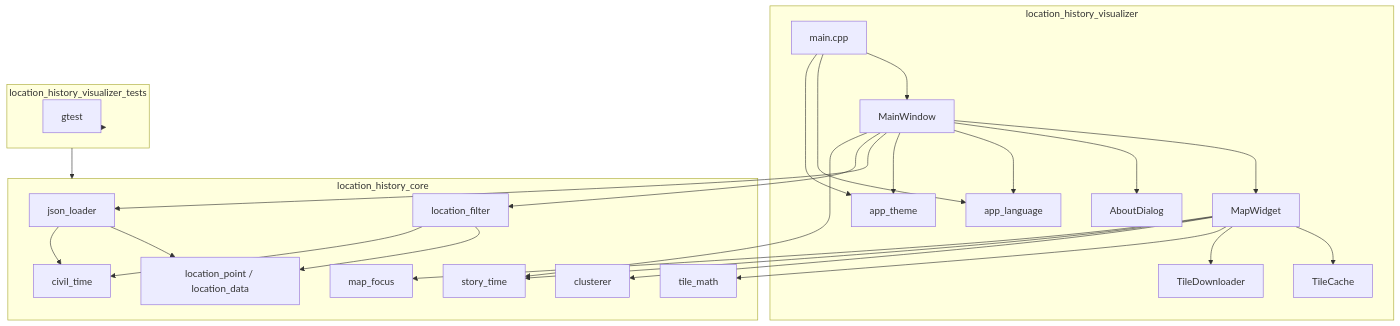
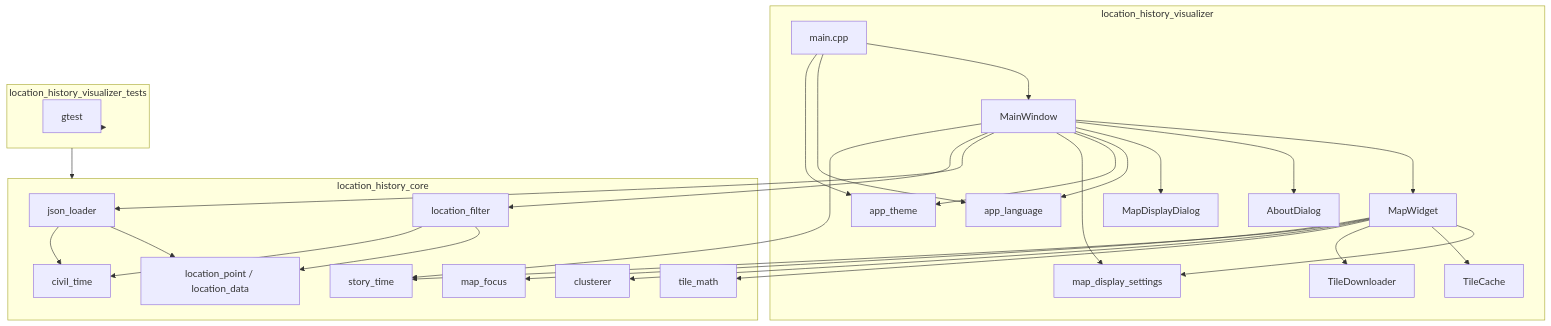
One commit to ViezTrinker/location-history-visualizer changed the first of 2 diagrams in doc/architecture.md. Above: the diagram before and after it, drawn with Mermaid. The commit also changed 25 other files, not shown here.

````diff
--- a/doc/architecture.md
+++ b/doc/architecture.md
@@ -11,51 +11,56 @@
 ```mermaid
 flowchart TB
   subgraph app [location_history_visualizer]
     mainCpp[main.cpp]
     mainWindow[MainWindow]
     mapWidget[MapWidget]
     aboutDialog[AboutDialog]
+    mapDisplayDialog[MapDisplayDialog]
     appLanguage[app_language]
     appTheme[app_theme]
+    mapDisplaySettings[map_display_settings]
     tileCache[TileCache]
     tileDownloader[TileDownloader]
   end
 
   subgraph core [location_history_core]
     jsonLoader[json_loader]
     filter[location_filter]
     civilTime[civil_time]
     tileMath[tile_math]
     clusterer[clusterer]
     storyTime[story_time]
     mapFocus[map_focus]
     dataModel[location_point / location_data]
   end
 
   subgraph tests [location_history_visualizer_tests]
     gtest[gtest]
   end
 
   mainCpp --> mainWindow
   mainCpp --> appLanguage
   mainCpp --> appTheme
   mainWindow --> mapWidget
   mainWindow --> aboutDialog
+  mainWindow --> mapDisplayDialog
   mainWindow --> appLanguage
   mainWindow --> appTheme
+  mainWindow --> mapDisplaySettings
+  mapWidget --> mapDisplaySettings
   mainWindow --> jsonLoader
   mainWindow --> filter
   mainWindow --> storyTime
   mapWidget --> tileCache
   mapWidget --> tileDownloader
   mapWidget --> tileMath
   mapWidget --> clusterer
   mapWidget --> storyTime
   mapWidget --> mapFocus
   jsonLoader --> dataModel
   jsonLoader --> civilTime
   filter --> dataModel
   filter --> civilTime
   tests --> core
   tests --> gtest
 ```
````
